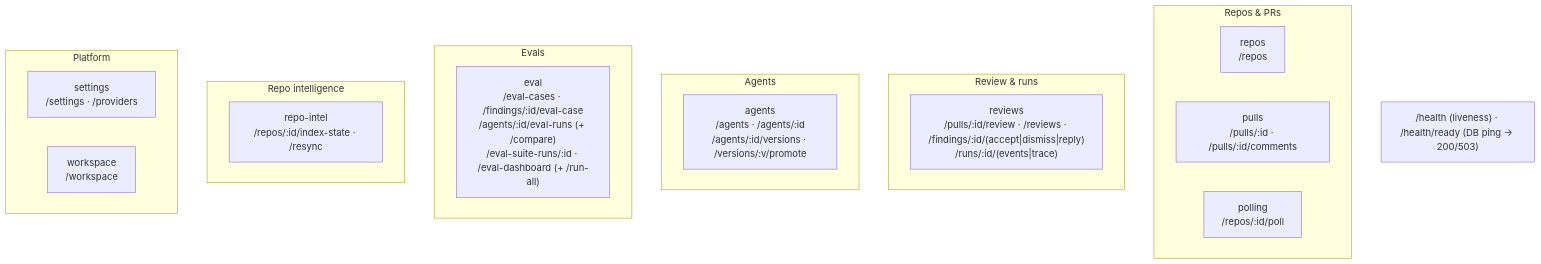
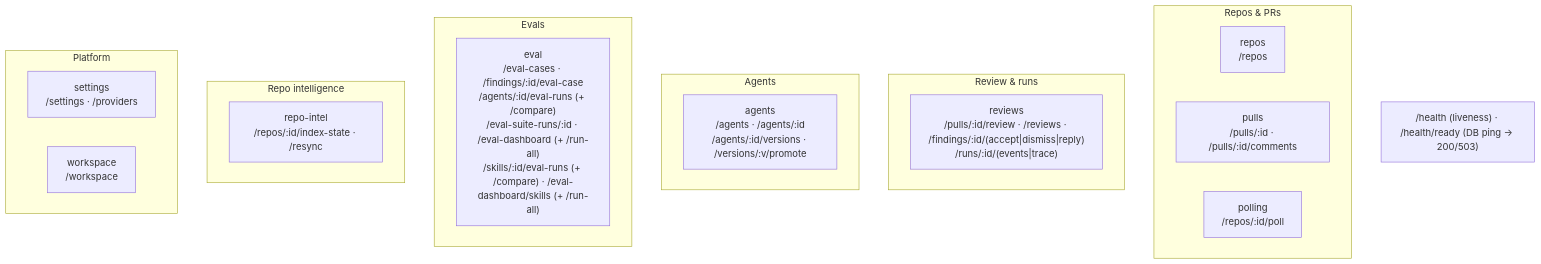
One commit to KateySt/dev-digest changed the second of 3 diagrams in server/README.md. Above: the diagram before and after it, drawn with Mermaid. The commit also changed other lines of this file and 163 other files, not shown here.

````diff
--- a/server/README.md
+++ b/server/README.md
@@ -64,25 +64,25 @@
 ```mermaid
 flowchart TB
   subgraph Repos_PRs["Repos & PRs"]
     repos["repos<br/>/repos"]
     pulls["pulls<br/>/pulls/:id · /pulls/:id/comments"]
     polling["polling<br/>/repos/:id/poll"]
   end
   subgraph Review["Review & runs"]
     reviews["reviews<br/>/pulls/:id/review · /reviews · /findings/:id/(accept|dismiss|reply)<br/>/runs/:id/(events|trace)"]
   end
   subgraph Agents["Agents"]
     agents["agents<br/>/agents · /agents/:id<br/>/agents/:id/versions · /versions/:v/promote"]
   end
   subgraph Evals["Evals"]
-    evalMod["eval<br/>/eval-cases · /findings/:id/eval-case<br/>/agents/:id/eval-runs (+ /compare)<br/>/eval-suite-runs/:id · /eval-dashboard (+ /run-all)"]
+    evalMod["eval<br/>/eval-cases · /findings/:id/eval-case<br/>/agents/:id/eval-runs (+ /compare)<br/>/eval-suite-runs/:id · /eval-dashboard (+ /run-all)<br/>/skills/:id/eval-runs (+ /compare) · /eval-dashboard/skills (+ /run-all)"]
   end
   subgraph Intel["Repo intelligence"]
     repoIntel["repo-intel<br/>/repos/:id/index-state · /resync"]
   end
   subgraph Platform["Platform"]
     settings["settings<br/>/settings · /providers"]
     workspace["workspace<br/>/workspace"]
   end
   HEALTH["/health (liveness) · /health/ready (DB ping → 200/503)"]
 ```
````
